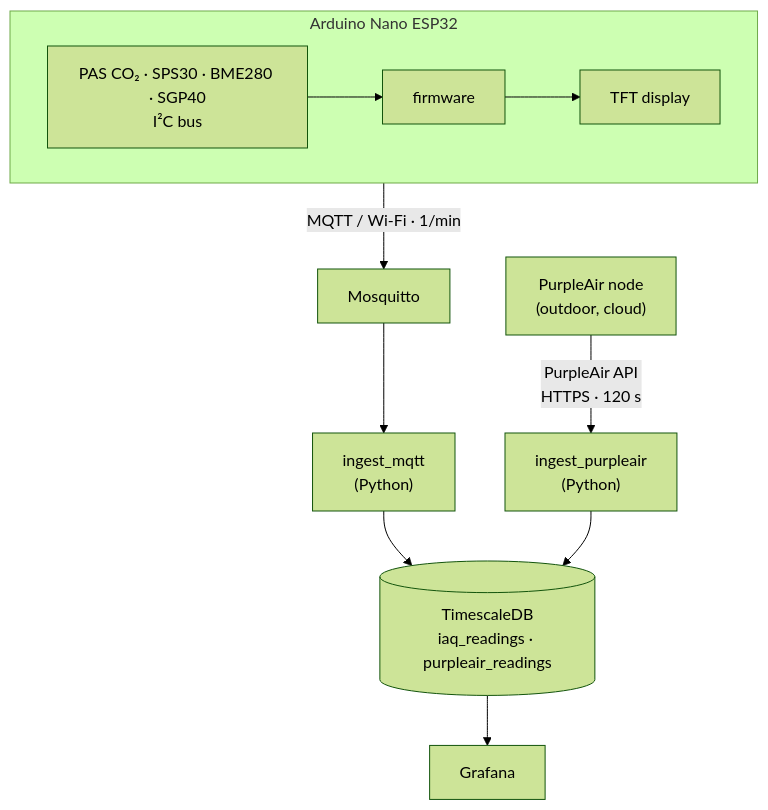
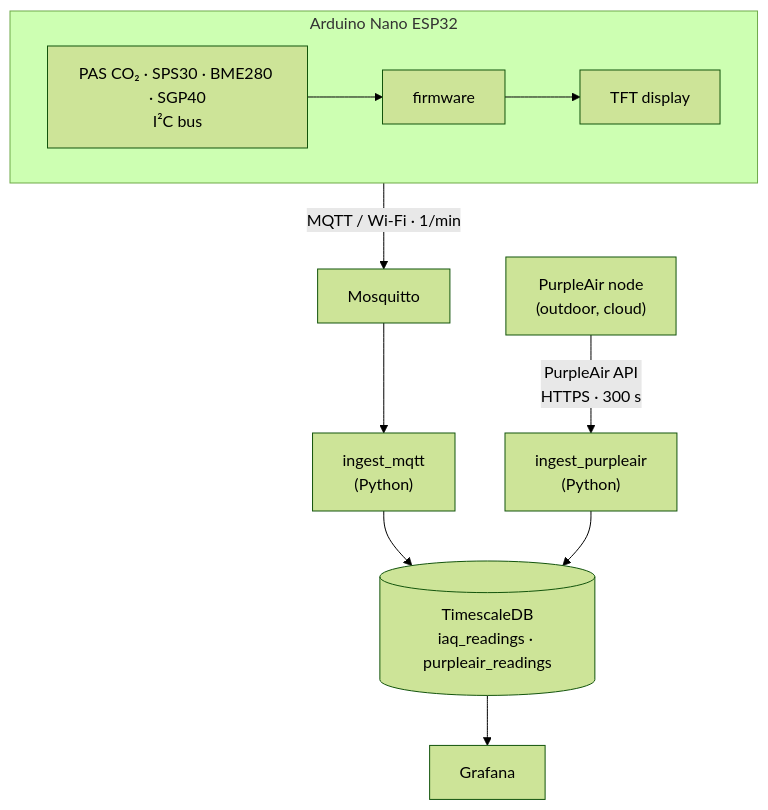
Before and after one commit to kuvychko/env_monitoring: the diagram in README.md, drawn with Mermaid (forest theme). The commit also changed other lines of this file and 5 other files, not shown here.

````diff
--- a/README.md
+++ b/README.md
@@ -38,24 +38,24 @@
 ```mermaid
 flowchart TD
     subgraph esp["Arduino Nano ESP32"]
         sensors["PAS CO₂ · SPS30 · BME280 · SGP40\nI²C bus"]
         fw["firmware"]
         tft["TFT display"]
         sensors --> fw
         fw --> tft
     end
 
     pa["PurpleAir node\n(outdoor, cloud)"]
     mosq["Mosquitto"]
     im["ingest_mqtt\n(Python)"]
     ip["ingest_purpleair\n(Python)"]
     db[("TimescaleDB\niaq_readings · purpleair_readings")]
     grafana["Grafana"]
 
     esp -->|"MQTT / Wi-Fi · 1/min"| mosq
-    pa -->|"PurpleAir API\nHTTPS · 120 s"| ip
+    pa -->|"PurpleAir API\nHTTPS · 300 s"| ip
     mosq --> im
     im --> db
     ip --> db
     db --> grafana
 ```
````
